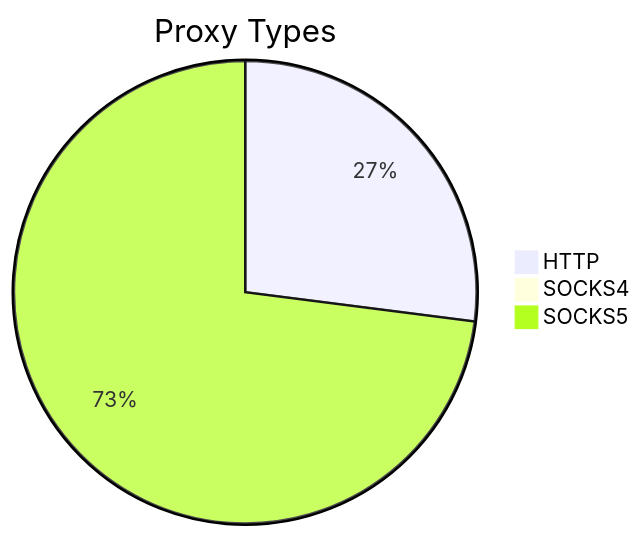
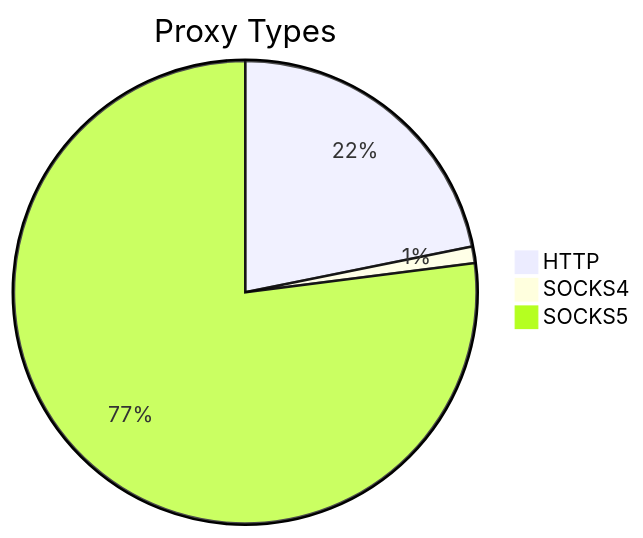
Before and after one commit to stormsia/proxy-list: the first of 2 diagrams in README.md, drawn with Mermaid. The commit also changed other lines of this file, not shown here.

````diff
--- a/README.md
+++ b/README.md
@@ -21,6 +21,6 @@
 ```mermaid
 pie title Proxy Types
-    "HTTP" : 516
-    "SOCKS4" : 7
-    "SOCKS5" : 1394
+    "HTTP" : 624
+    "SOCKS4" : 33
+    "SOCKS5" : 2201
 ```
````
